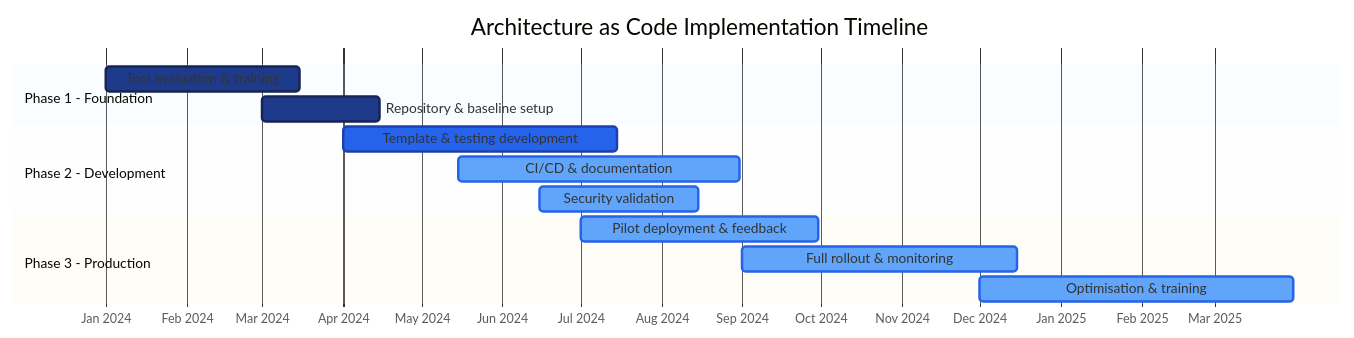
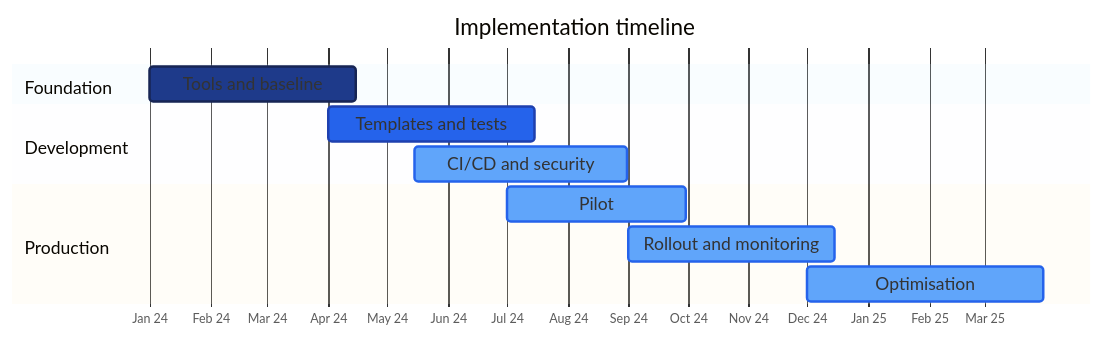
The diagram in docs/images/diagram_05_gantt_timeline.mmd (Geonitab/architecture_as_code), drawn with Mermaid before and after one commit. The commit also changed 56 other files, not shown here.

First line of the commit message:
Make Mermaid figures legible: fewer elements, narrower, one message each

```diff
--- a/docs/images/diagram_05_gantt_timeline.mmd
+++ b/docs/images/diagram_05_gantt_timeline.mmd
@@ -1,19 +1,17 @@
-%%{init: {'theme':'base', 'themeVariables': {'fontFamily':'Inter, sans-serif','fontSize':'16px','gridColor':'#CBD5E1','todayLineColor':'#DC2626','critBkgColor':'#DC2626','critBorderColor':'#991B1B','sectionBkgColor':'#E0F2FE','altSectionBkgColor':'#F8FAFF','taskBkgColor':'#60A5FA','taskBorderColor':'#2563EB','doneTaskBkgColor':'#1E3A8A','doneTaskBorderColor':'#172554','activeTaskBkgColor':'#2563EB','activeTaskBorderColor':'#1E40AF'}}}%%
+%%{init: {'theme':'base','gantt':{'useWidth':900,'leftPadding':110,'barHeight':28,'fontSize':14,'sectionFontSize':14}, 'themeVariables': {'fontFamily':'Inter, sans-serif','fontSize':'16px','gridColor':'#CBD5E1','todayLineColor':'#DC2626','critBkgColor':'#DC2626','critBorderColor':'#991B1B','sectionBkgColor':'#E0F2FE','altSectionBkgColor':'#F8FAFF','taskBkgColor':'#60A5FA','taskBorderColor':'#2563EB','doneTaskBkgColor':'#1E3A8A','doneTaskBorderColor':'#172554','activeTaskBkgColor':'#2563EB','activeTaskBorderColor':'#1E40AF'}}}%%
 gantt
-    title Architecture as Code Implementation Timeline
+    title Implementation timeline
     dateFormat YYYY-MM-DD
-    axisFormat %b %Y
+    axisFormat %b %y
 
-    section Phase 1 - Foundation
-    Tool evaluation & training           :done, eval, 2024-01-01, 2024-03-15
-    Repository & baseline setup          :done, repo, 2024-03-01, 2024-04-15
+    section Foundation
+    Tools and baseline      :done, eval, 2024-01-01, 2024-04-15
 
-    section Phase 2 - Development
-    Template & testing development       :active, dev, 2024-04-01, 2024-07-15
-    CI/CD & documentation                :cicd, 2024-05-15, 2024-08-31
-    Security validation                  :security, 2024-06-15, 2024-08-15
+    section Development
+    Templates and tests     :active, dev, 2024-04-01, 2024-07-15
+    CI/CD and security      :cicd, 2024-05-15, 2024-08-31
 
-    section Phase 3 - Production
-    Pilot deployment & feedback          :pilot, 2024-07-01, 2024-09-30
-    Full rollout & monitoring            :rollout, 2024-09-01, 2024-12-15
-    Optimisation & training              :optimise, 2024-12-01, 2025-03-31
+    section Production
+    Pilot                   :pilot, 2024-07-01, 2024-09-30
+    Rollout and monitoring  :rollout, 2024-09-01, 2024-12-15
+    Optimisation            :optimise, 2024-12-01, 2025-03-31
```
